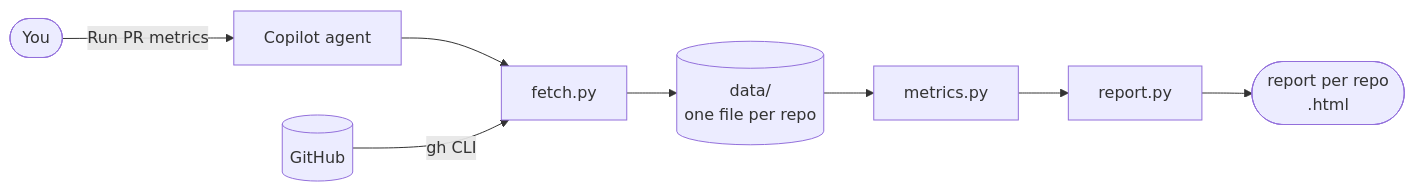
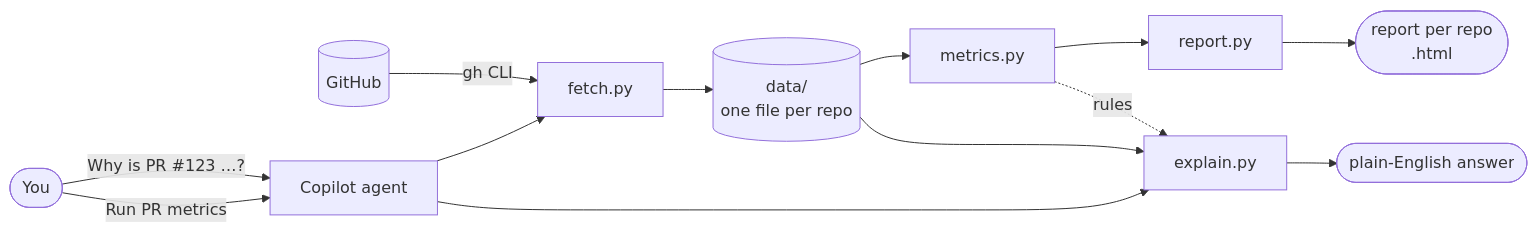
The diagram in README.md (thomas3577-star/gh-pr-metrics), drawn with Mermaid before and after one commit. The commit also changed other lines of this file, not shown here.

Commit message:
README: explain flow, Ask about a number, updated structure

````diff
--- a/README.md
+++ b/README.md
@@ -9,10 +9,15 @@
 ```mermaid
 flowchart LR
     U([You]) -->|"Run PR metrics"| A[Copilot agent]
     A --> F[fetch.py]
     G[(GitHub)] -->|gh CLI| F
     F --> D[(data/<br/>one file per repo)]
     D --> M[metrics.py]
     M --> R[report.py]
     R --> H([report per repo<br/>.html])
+    U -->|"Why is PR #123 …?"| A
+    A --> E[explain.py]
+    D --> E
+    M -.->|rules| E
+    E --> P([plain-English answer])
 ```
````
